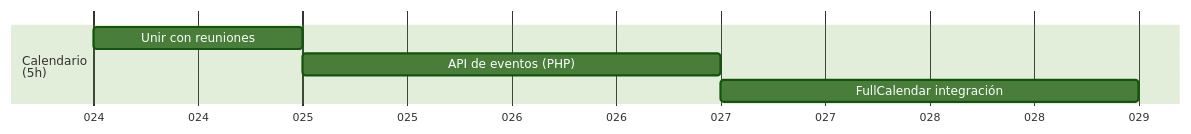
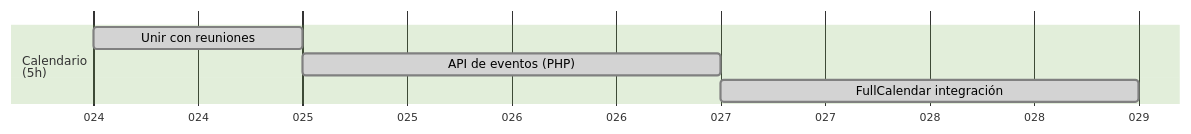
Before and after one commit to Covija97/badentracker: the sixth of 9 diagrams in .md/readme.md, drawn with Mermaid (forest theme). The commit also changed other lines of this file and 1 other file, not shown here.

````diff
--- a/.md/readme.md
+++ b/.md/readme.md
@@ -96,10 +93,10 @@
 ```mermaid
 gantt
     dateFormat  DDD
     axisFormat %j
    
     section Calendario<br>(5h)
-    Unir con reuniones       : 01-24, 1d
-    API de eventos (PHP)        : 01-25, 2d
-    FullCalendar integración    : 01-27, 2d
+    Unir con reuniones       :done, 01-24, 1d
+    API de eventos (PHP)        :done, 01-25, 2d
+    FullCalendar integración    :done, 01-27, 2d
 ```
````
